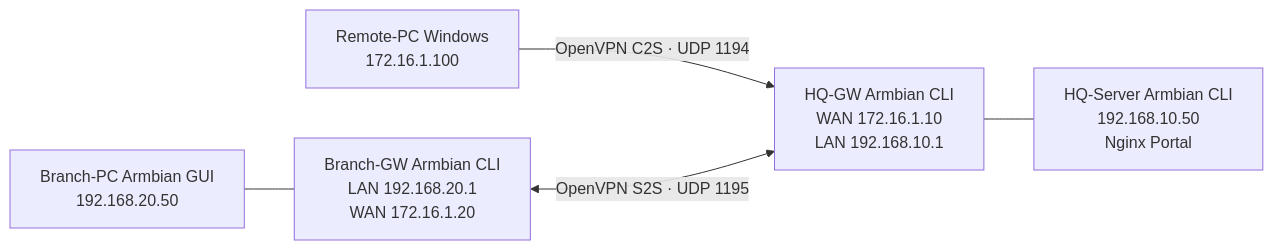
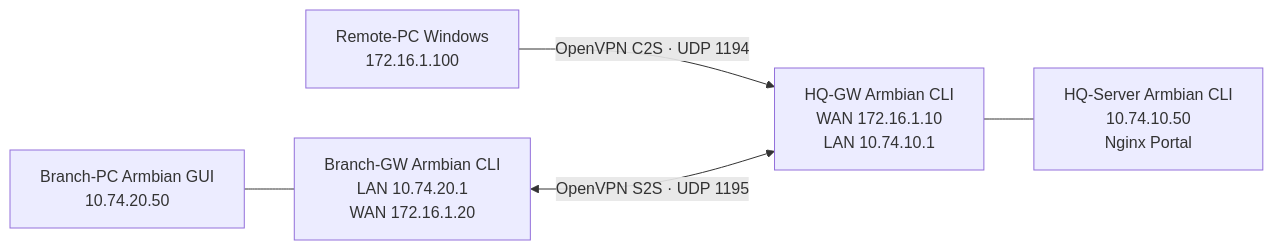
The diagram in README.md (Sleepy2608/VPN-Site-to-Site-and-Client-to-Site-Implementation), drawn with Mermaid before and after one commit. The commit also changed other lines of this file and 59 other files, not shown here.

````diff
--- a/README.md
+++ b/README.md
@@ -36,7 +38,7 @@
 ```mermaid
 flowchart LR
-    Remote["Remote-PC Windows\n172.16.1.100"] -->|"OpenVPN C2S · UDP 1194"| HQ["HQ-GW Armbian CLI\nWAN 172.16.1.10\nLAN 192.168.10.1"]
-    PC["Branch-PC Armbian GUI\n192.168.20.50"] --- Branch["Branch-GW Armbian CLI\nLAN 192.168.20.1\nWAN 172.16.1.20"]
+    Remote["Remote-PC Windows\n172.16.1.100"] -->|"OpenVPN C2S · UDP 1194"| HQ["HQ-GW Armbian CLI\nWAN 172.16.1.10\nLAN 10.74.10.1"]
+    PC["Branch-PC Armbian GUI\n10.74.20.50"] --- Branch["Branch-GW Armbian CLI\nLAN 10.74.20.1\nWAN 172.16.1.20"]
     Branch <-->|"OpenVPN S2S · UDP 1195"| HQ
-    HQ --- Server["HQ-Server Armbian CLI\n192.168.10.50\nNginx Portal"]
+    HQ --- Server["HQ-Server Armbian CLI\n10.74.10.50\nNginx Portal"]
 ```
````
